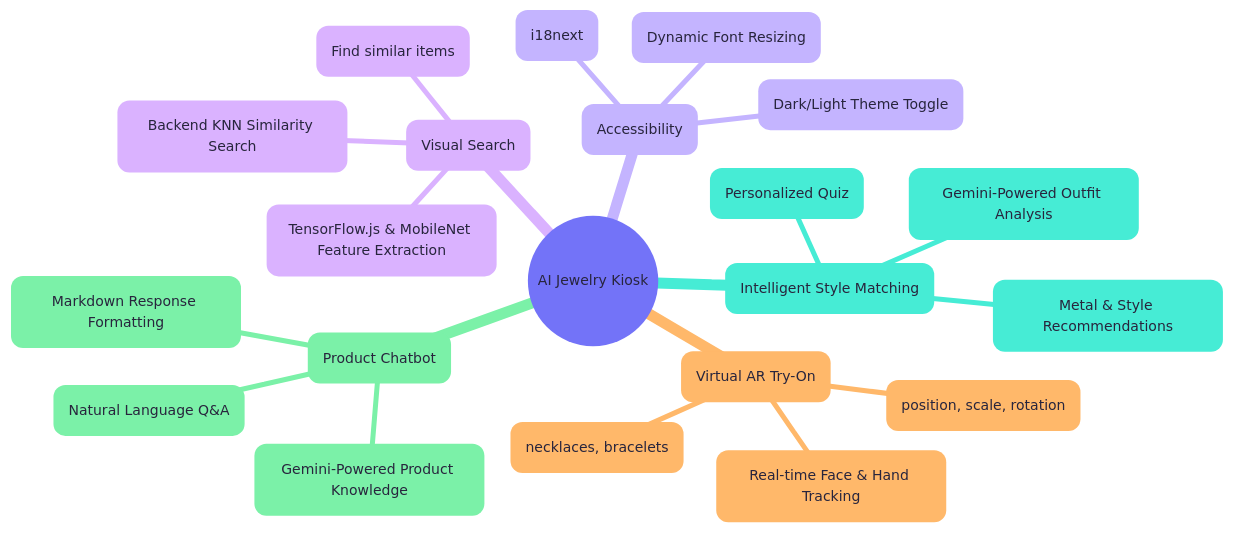
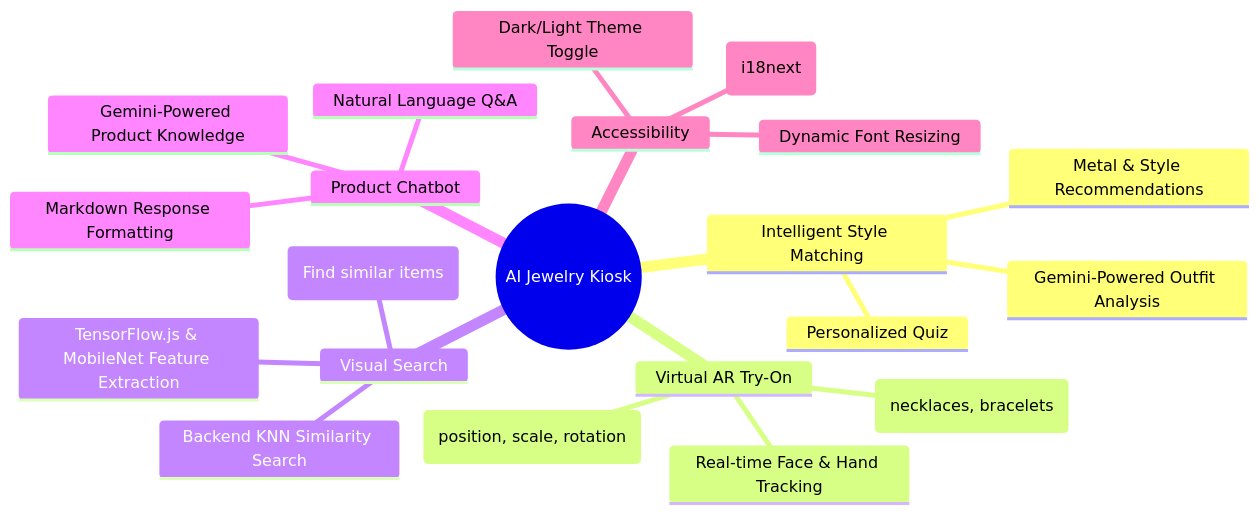
One commit to sashankbanda/evol-jewels-website changed the first of 3 diagrams in README.md. Above: the diagram before and after it, drawn with Mermaid. The commit also changed other lines of this file, not shown here.

````diff
--- a/README.md
+++ b/README.md
@@ -77,28 +77,24 @@
 ```mermaid
----
-config:
-  theme: redux-color
----
 mindmap
   root((AI Jewelry Kiosk))
     Intelligent Style Matching
       Personalized Quiz
       Gemini-Powered Outfit Analysis
       Metal & Style Recommendations
     Virtual AR Try-On
       Real-time Face & Hand Tracking
       3D Model Rendering (necklaces, bracelets)
       Manual Adjustment Controls (position, scale, rotation)
     Visual Search
       Image Upload (Find similar items)
       TensorFlow.js & MobileNet Feature Extraction
       Backend KNN Similarity Search
     Product Chatbot
       Natural Language Q&A
       Gemini-Powered Product Knowledge
       Markdown Response Formatting
     Accessibility
       Multilingual Support (i18next)
       Dynamic Font Resizing
       Dark/Light Theme Toggle
 ```
````
